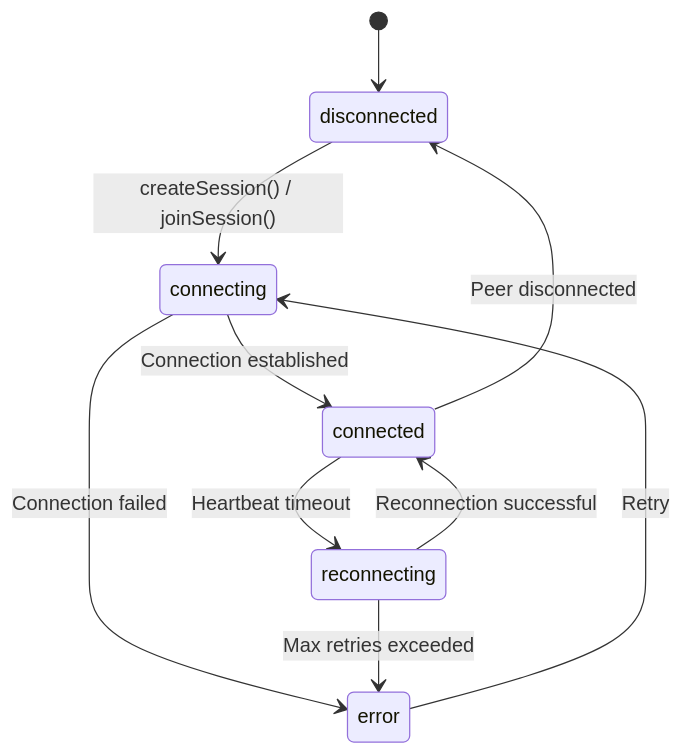
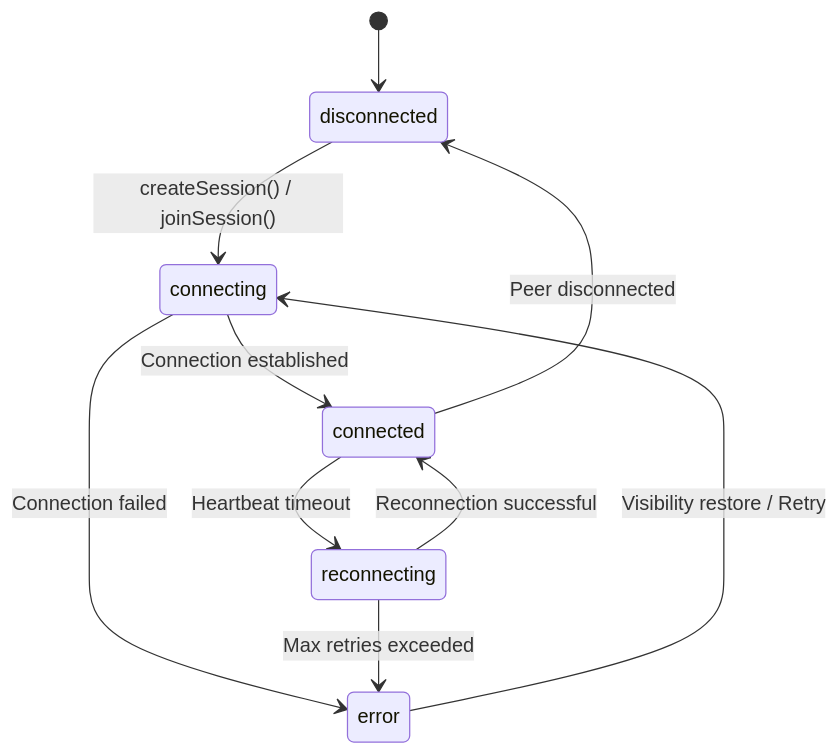
Before and after one commit to AllyMurray/gamehub: the seventh of 8 diagrams in README.md, drawn with Mermaid. The commit also changed other lines of this file and 2 other files, not shown here.

First line of the commit message:
feat: Add viewer connection restoration on visibility change

````diff
--- a/README.md
+++ b/README.md
@@ -384,12 +386,12 @@
 ```mermaid
 stateDiagram-v2
     [*] --> disconnected
     disconnected --> connecting: createSession() / joinSession()
     connecting --> connected: Connection established
     connecting --> error: Connection failed
     connected --> disconnected: Peer disconnected
     connected --> reconnecting: Heartbeat timeout
     reconnecting --> connected: Reconnection successful
     reconnecting --> error: Max retries exceeded
-    error --> connecting: Retry
+    error --> connecting: Visibility restore / Retry
 ```
````
